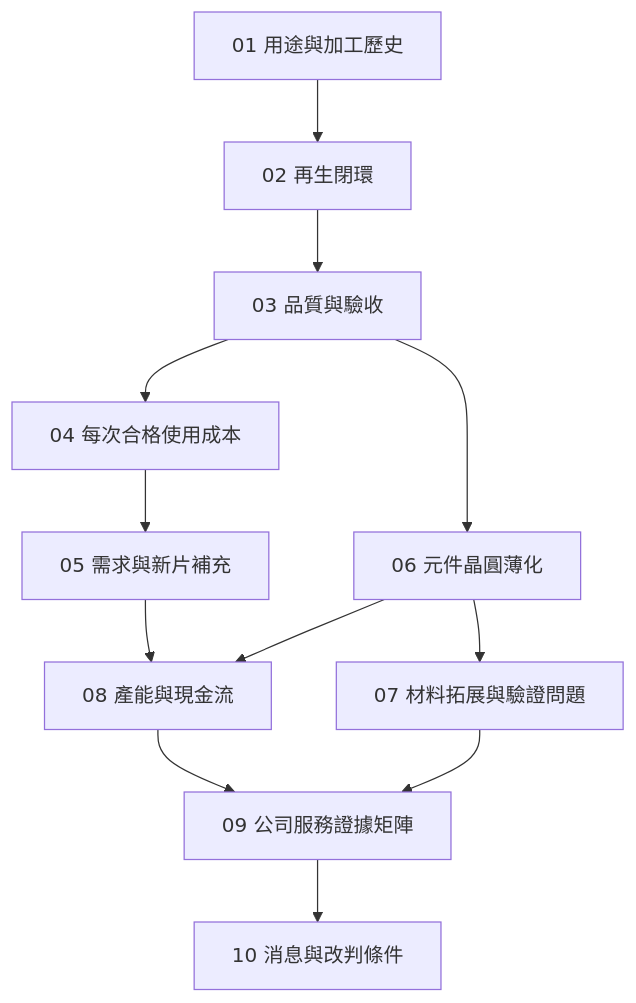
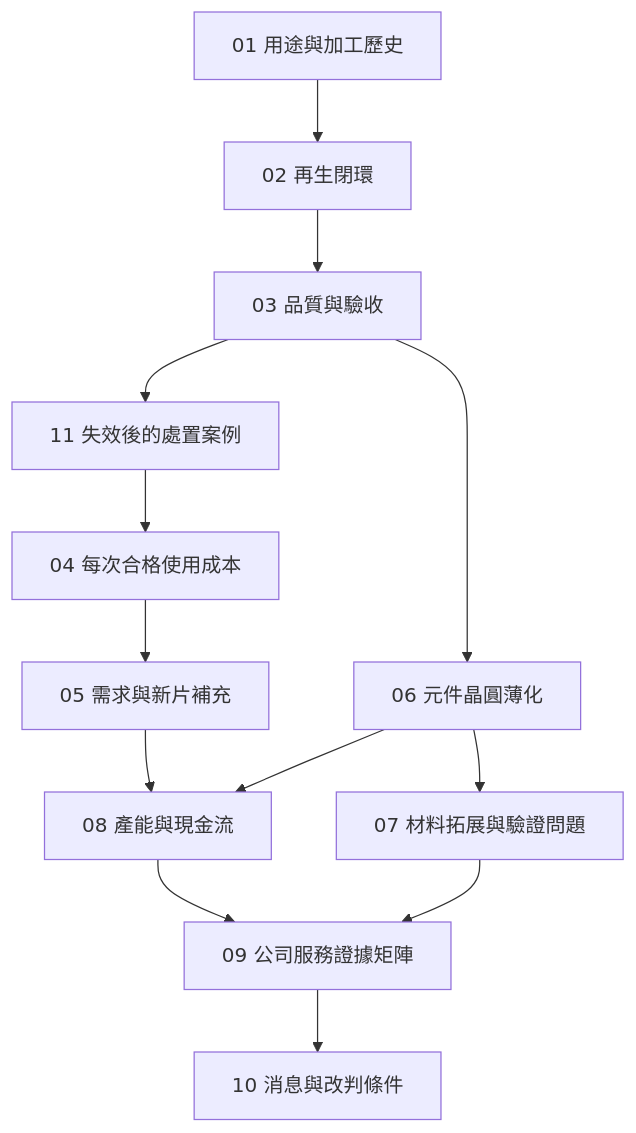
The diagram in docs/psi/00-map.md (wizardhsiehcom/book), drawn with Mermaid before and after one commit. The commit also changed other lines of this file and 26 other files, not shown here.

````diff
--- a/docs/psi/00-map.md
+++ b/docs/psi/00-map.md
@@ -5,14 +5,15 @@
 ```mermaid
 flowchart TD
     A["01 用途與加工歷史"] --> B["02 再生閉環"]
     B --> C["03 品質與驗收"]
-    C --> D["04 每次合格使用成本"]
+    C --> K["11 失效後的處置案例"]
+    K --> D["04 每次合格使用成本"]
     D --> E["05 需求與新片補充"]
     C --> F["06 元件晶圓薄化"]
     F --> G["07 材料拓展與驗證問題"]
     E --> H["08 產能與現金流"]
     F --> H
     H --> I["09 公司服務證據矩陣"]
     G --> I
     I --> J["10 消息與改判條件"]
 ```
````
